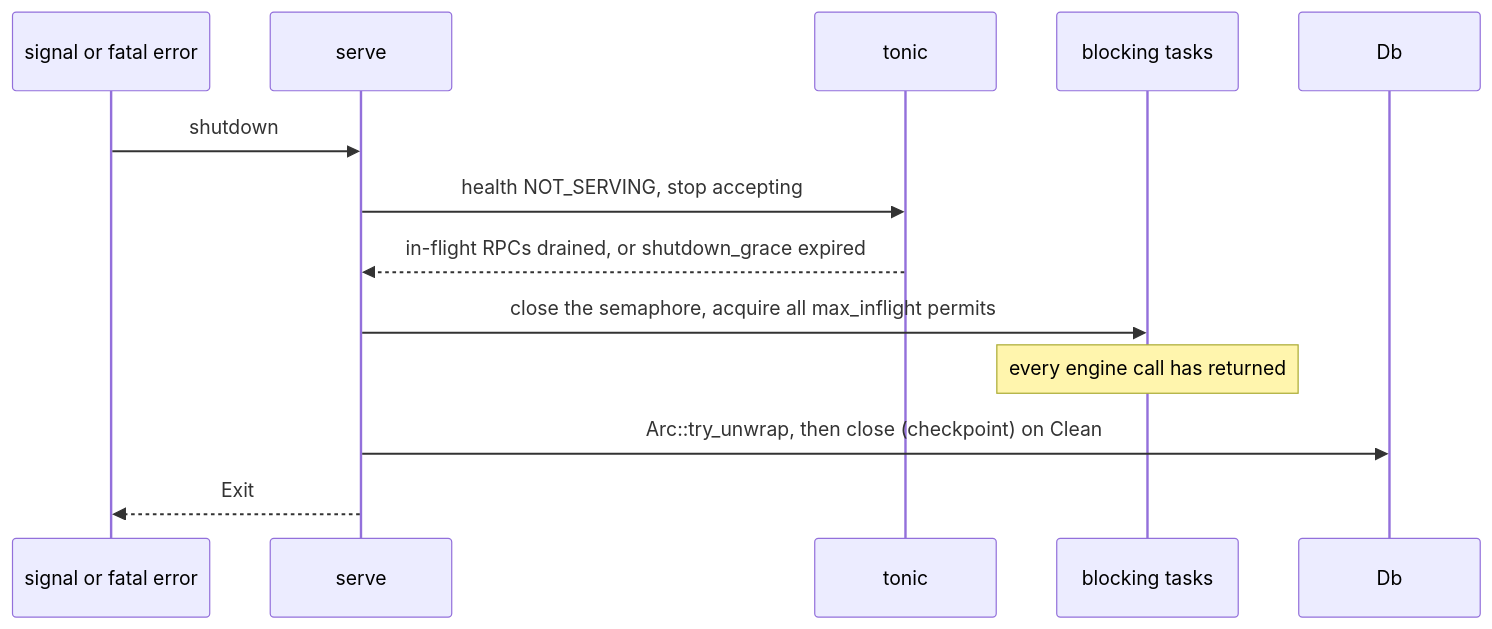
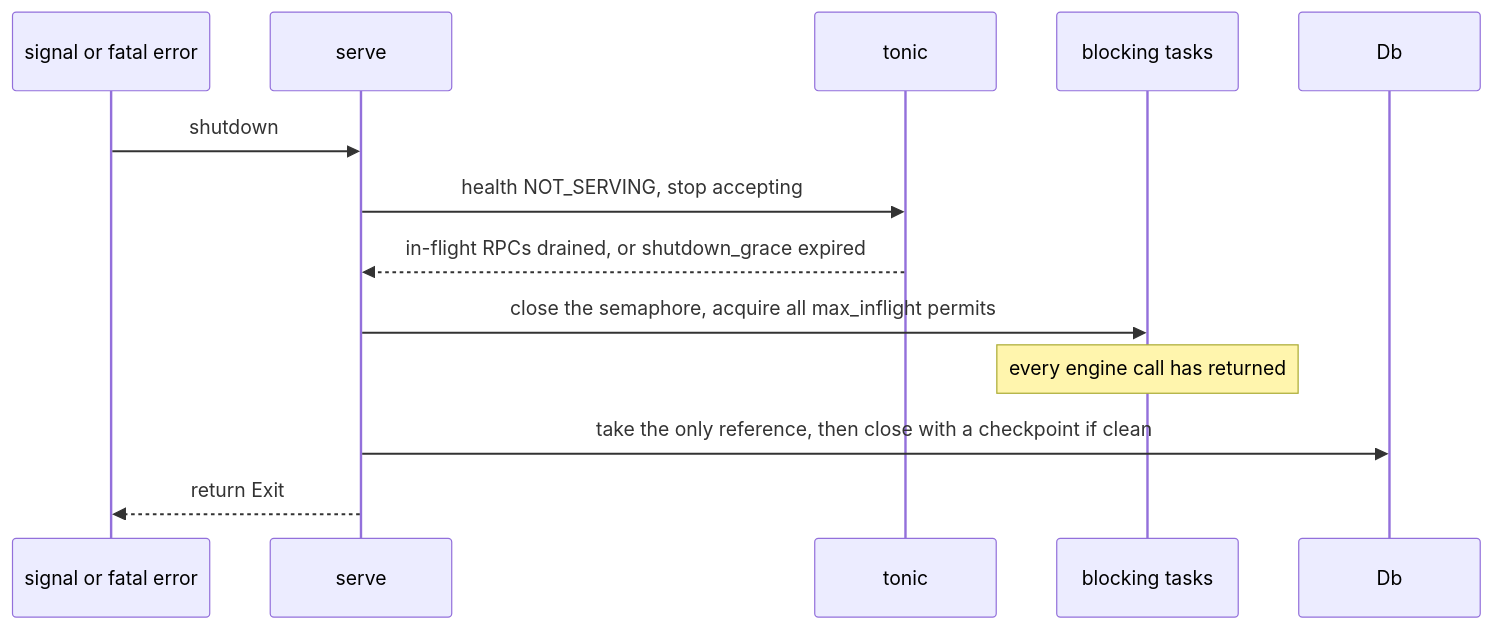
Before and after one commit to raydatray/peppydb: the second of 2 diagrams in docs/plans/0026-server-grpc-kv.md, drawn with Mermaid. The commit also changed other lines of this file and 4 other files, not shown here.

````diff
--- a/docs/plans/0026-server-grpc-kv.md
+++ b/docs/plans/0026-server-grpc-kv.md
@@ -445,16 +445,16 @@
 ```mermaid
 sequenceDiagram
     participant S as signal or fatal error
     participant V as serve
     participant T as tonic
     participant B as blocking tasks
     participant D as Db
 
     S->>V: shutdown
     V->>T: health NOT_SERVING, stop accepting
     T-->>V: in-flight RPCs drained, or shutdown_grace expired
     V->>B: close the semaphore, acquire all max_inflight permits
     Note over B: every engine call has returned
-    V->>D: Arc::try_unwrap, then close (checkpoint) on Clean
-    V-->>S: Exit
+    V->>D: take the only reference, then close with a checkpoint if clean
+    V-->>S: return Exit
 ```
````
